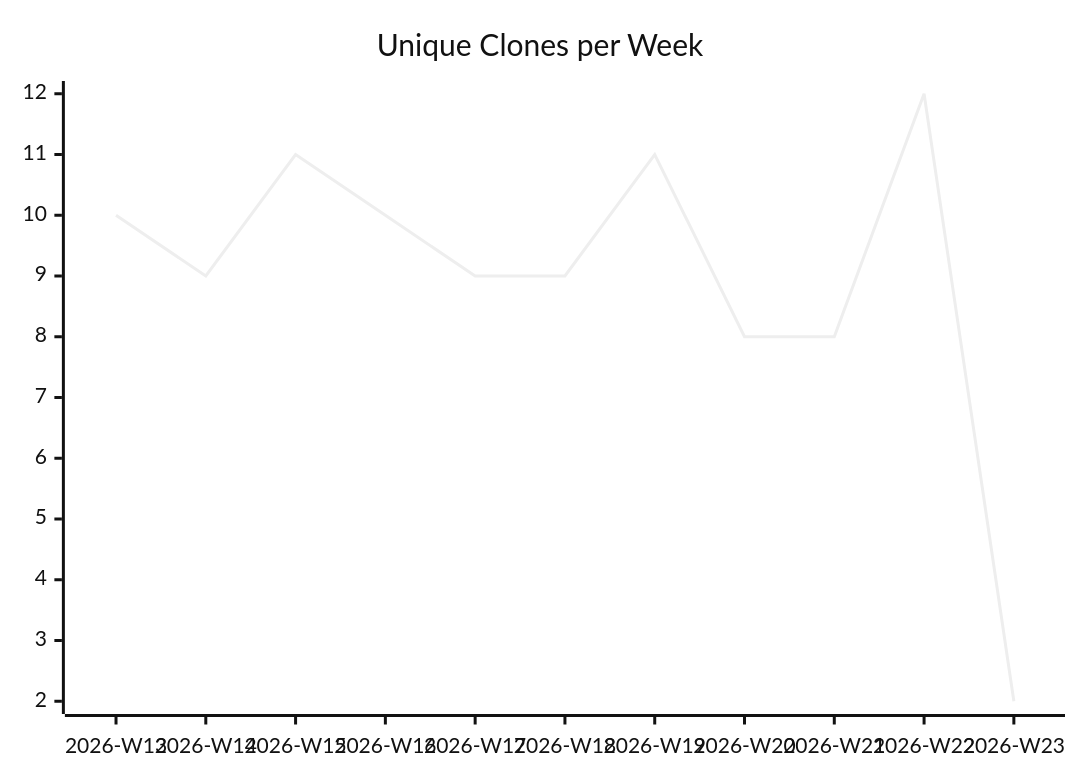
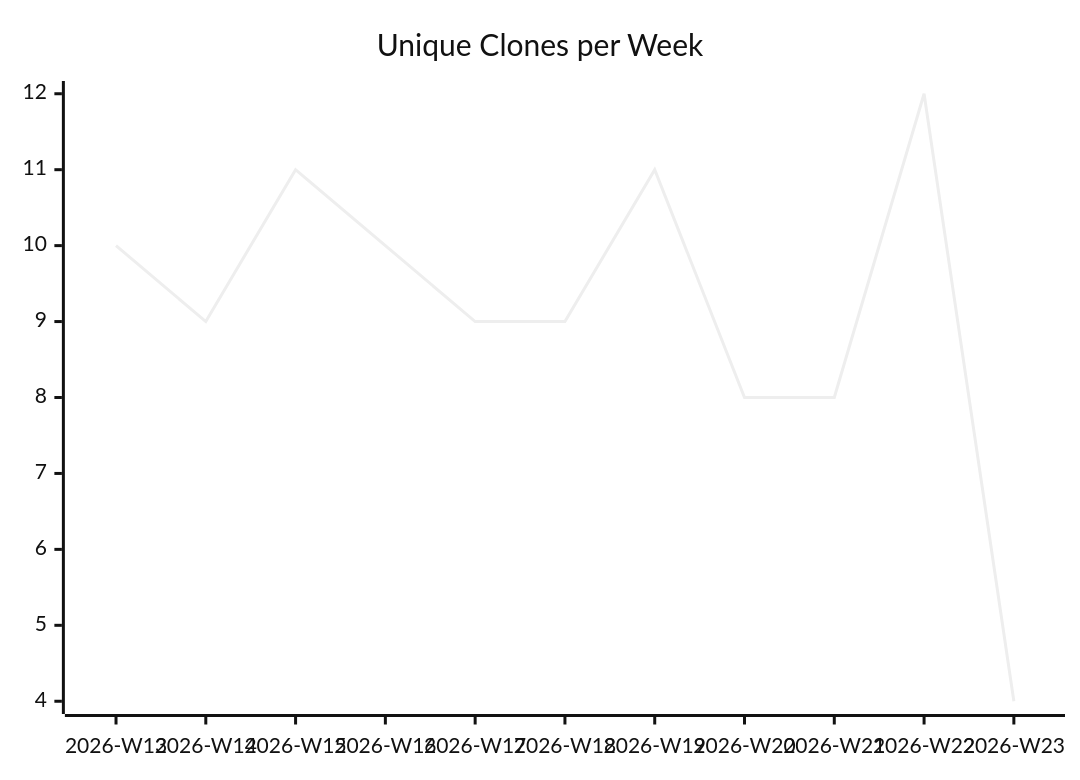
The third of 3 diagrams in karlmdavis/usgs-water-api-java/README.md (justdavis-family/github-analytics-data), drawn with Mermaid (neutral theme) before and after one commit. The commit also changed other lines of this file and 189 other files, not shown here.

````diff
--- a/karlmdavis/usgs-water-api-java/README.md
+++ b/karlmdavis/usgs-water-api-java/README.md
@@ -19,6 +19,6 @@
 ```mermaid
 xychart-beta
   title "Unique Clones per Week"
   x-axis ["2026-W13", "2026-W14", "2026-W15", "2026-W16", "2026-W17", "2026-W18", "2026-W19", "2026-W20", "2026-W21", "2026-W22", "2026-W23"]
-  line [10, 9, 11, 10, 9, 9, 11, 8, 8, 12, 2]
+  line [10, 9, 11, 10, 9, 9, 11, 8, 8, 12, 4]
 ```
````
